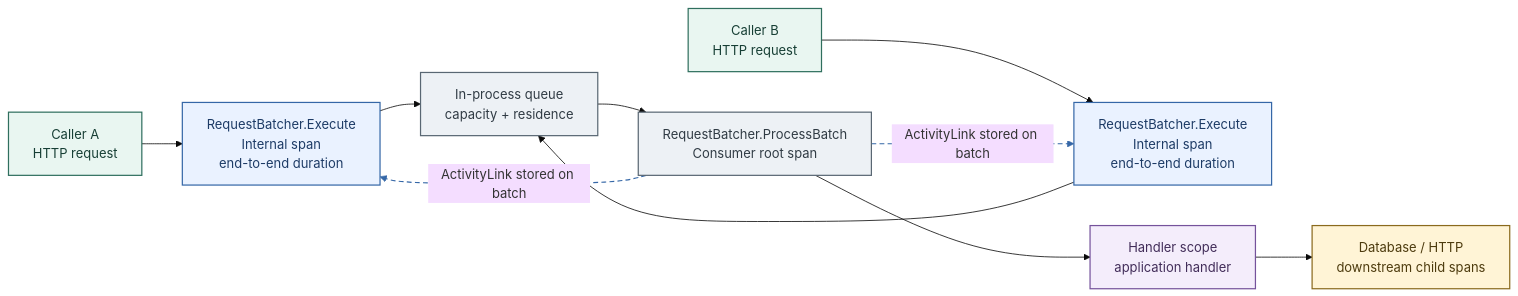
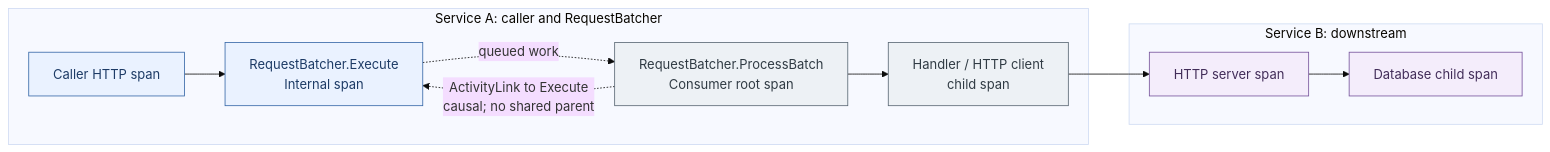
Before and after one commit to eventhorizon-cli/RequestBatcher: the diagram in docs/diagrams/observability.mmd, drawn with Mermaid (base theme). The commit also changed 75 other files, not shown here.

```diff
--- a/docs/diagrams/observability.mmd
+++ b/docs/diagrams/observability.mmd
@@ -1,22 +1,20 @@
 flowchart LR
-    CallerA["Caller A\nHTTP request"] --> ExecuteA["RequestBatcher.Execute\nInternal span\nend-to-end duration"]
-    CallerB["Caller B\nHTTP request"] --> ExecuteB["RequestBatcher.Execute\nInternal span\nend-to-end duration"]
-    ExecuteA --> Queue["In-process queue\ncapacity + residence"]
-    ExecuteB --> Queue
-    Queue --> Batch["RequestBatcher.ProcessBatch\nConsumer root span"]
-    Batch -. "ActivityLink stored on batch" .-> ExecuteA
-    Batch -. "ActivityLink stored on batch" .-> ExecuteB
-    Batch --> Handler["Handler scope\napplication handler"]
-    Handler --> Downstream["Database / HTTP\ndownstream child spans"]
+    subgraph A[Service A: caller and RequestBatcher]
+        HTTPA[Caller HTTP span] --> EXEC[RequestBatcher.Execute<br/>Internal span]
+        EXEC -. "queued work" .-> BATCH[RequestBatcher.ProcessBatch<br/>Consumer root span]
+        BATCH --> HANDLER[Handler / HTTP client<br/>child span]
+        BATCH -. "ActivityLink to Execute<br/>causal; no shared parent" .-> EXEC
+    end
 
-    class CallerA,CallerB client
-    class ExecuteA,ExecuteB gateway
-    class Queue,Batch core
-    class Handler handler
-    class Downstream downstream
-    classDef client fill:#e9f6f1,stroke:#2f6f5e,color:#173f35,stroke-width:1.5px
-    classDef gateway fill:#eaf2ff,stroke:#3567a7,color:#1d3b66,stroke-width:1.5px
-    classDef core fill:#edf1f5,stroke:#596773,color:#303b44,stroke-width:1.5px
-    classDef handler fill:#f4edfb,stroke:#75529b,color:#422d59,stroke-width:1.5px
-    classDef downstream fill:#fff4d6,stroke:#8a6a1d,color:#4d3b0e,stroke-width:1.5px
-    linkStyle 5,6 stroke:#3567a7,stroke-width:1.5px,stroke-dasharray:6 4
+    subgraph B[Service B: downstream]
+        HTTPB[HTTP server span] --> DB[Database child span]
+    end
+
+    HANDLER --> HTTPB
+
+    classDef caller fill:#eaf2ff,stroke:#3567a7,color:#1d3b66
+    classDef batch fill:#edf1f5,stroke:#596773,color:#303b44
+    classDef downstream fill:#f4edfb,stroke:#75529b,color:#422d59
+    class HTTPA,EXEC caller
+    class BATCH,HANDLER batch
+    class HTTPB,DB downstream
```
